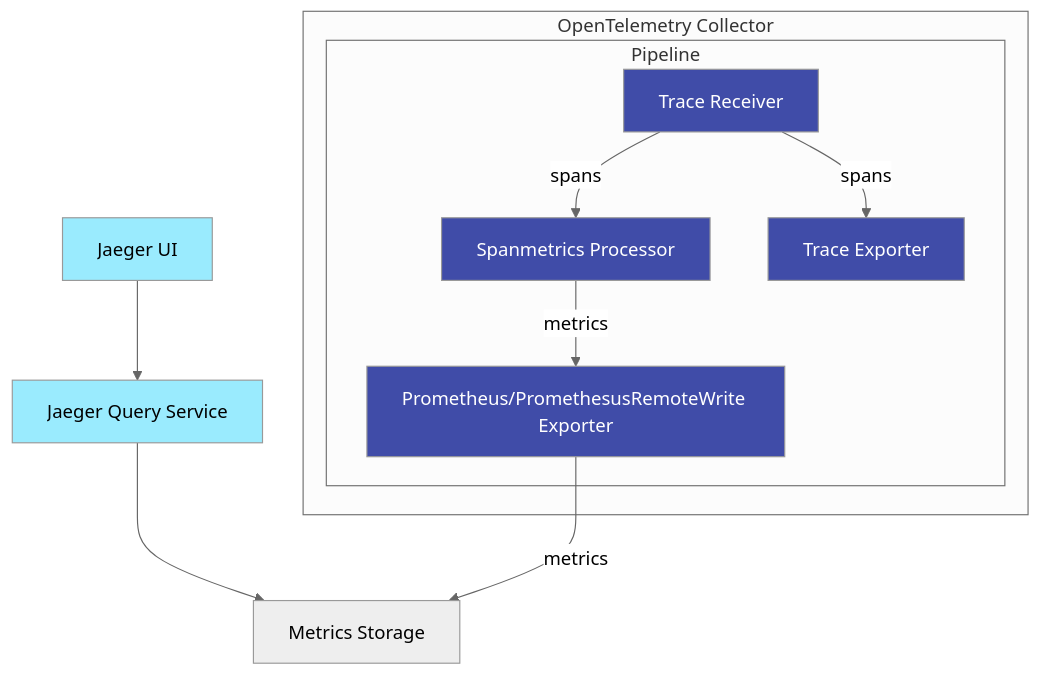
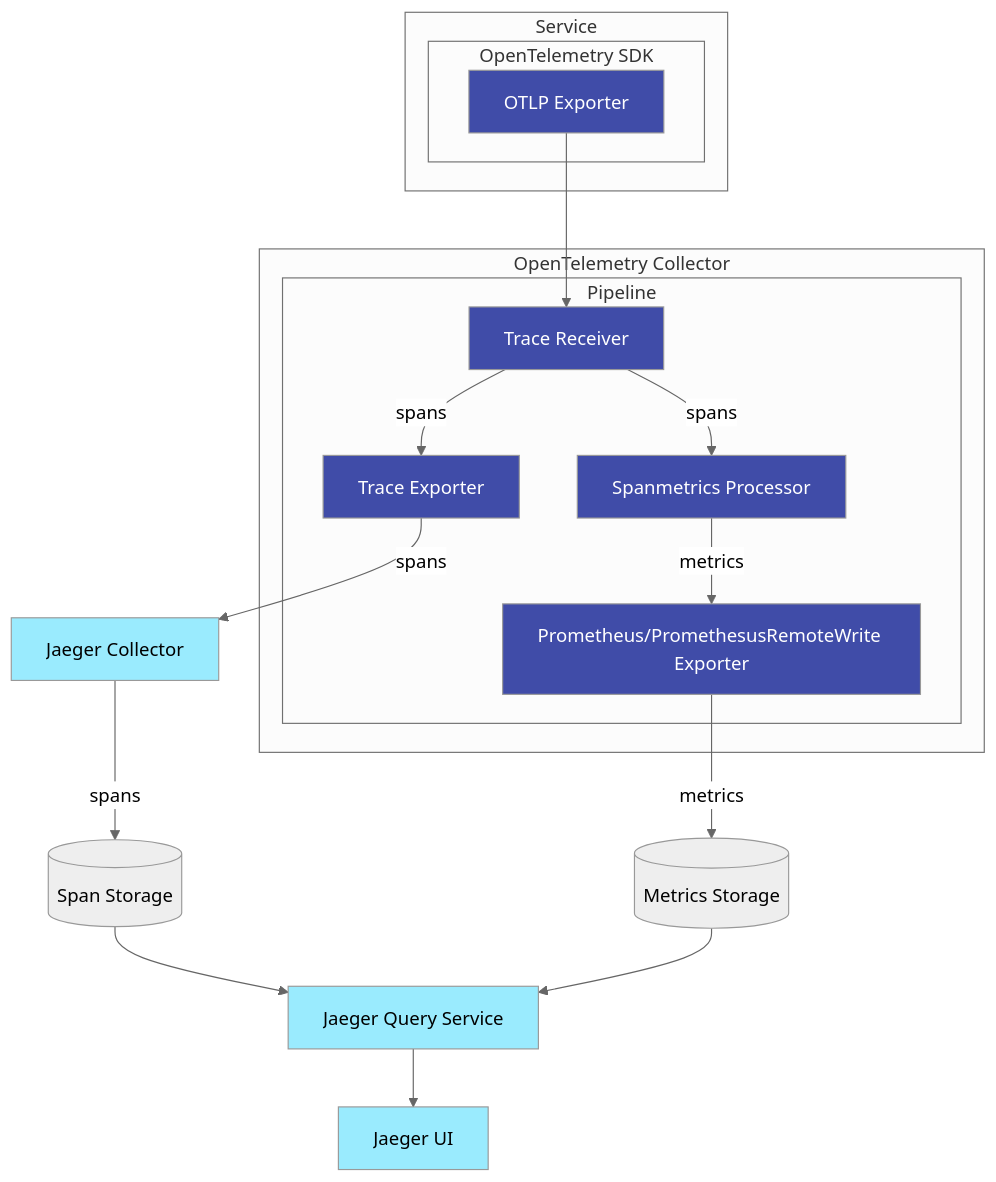
One commit to jaegertracing/documentation changed the diagram in content/docs/next-release/spm.md. Above: the diagram before and after it, drawn with Mermaid (neutral theme).

Commit message:
Add SDK, collector and trace storage in arch diagram

```diff
--- a/content/docs/next-release/spm.md
+++ b/content/docs/next-release/spm.md
@@ -70,24 +70,41 @@
 {{<mermaid align="center">}}
 graph
-    TRACE_RECEIVER[Trace Receiver] --> |spans| SPANMETRICS_PROC[Spanmetrics Processor]
-    TRACE_RECEIVER --> |spans| TRACE_EXPORTER[Trace Exporter]
-    SPANMETRICS_PROC --> |metrics| PROMETHEUS_EXPORTER[Prometheus/PromethesusRemoteWrite Exporter]
-    UI[Jaeger UI] --> QUERY
-    QUERY[Jaeger Query Service] --> METRICS_STORE[Metrics Storage]
-    PROMETHEUS_EXPORTER --> |metrics| METRICS_STORE
-    subgraph OpenTelemetry Collector
-        subgraph Pipeline
-            TRACE_RECEIVER
-            SPANMETRICS_PROC
-            TRACE_EXPORTER
-            PROMETHEUS_EXPORTER
-        end
+
+  OTLP_EXPORTER[OTLP Exporter] --> TRACE_RECEIVER
+
+  subgraph Service
+    subgraph OpenTelemetry SDK
+      OTLP_EXPORTER
     end
-    style UI fill:#9AEBFE,color:black
-    style QUERY fill:#9AEBFE,color:black
+  end
 
-    style TRACE_RECEIVER fill:#404ca8,color:white
-    style TRACE_EXPORTER fill:#404ca8,color:white
-    style SPANMETRICS_PROC fill:#404ca8,color:white
-    style PROMETHEUS_EXPORTER fill:#404ca8,color:white
+  TRACE_RECEIVER[Trace Receiver] --> |spans| SPANMETRICS_PROC[Spanmetrics Processor]
+  TRACE_RECEIVER --> |spans| TRACE_EXPORTER[Trace Exporter]
+  TRACE_EXPORTER --> |spans| COLLECTOR[Jaeger Collector]
+  SPANMETRICS_PROC --> |metrics| PROMETHEUS_EXPORTER[Prometheus/PromethesusRemoteWrite Exporter]
+  PROMETHEUS_EXPORTER --> |metrics| METRICS_STORE[(Metrics Storage)]
+
+  COLLECTOR --> |spans| SPAN_STORE[(Span Storage)]
+  SPAN_STORE --> QUERY[Jaeger Query Service]
+  METRICS_STORE --> QUERY
+  QUERY --> UI[Jaeger UI]
+
+  subgraph OpenTelemetry Collector
+      subgraph Pipeline
+          TRACE_RECEIVER
+          SPANMETRICS_PROC
+          TRACE_EXPORTER
+          PROMETHEUS_EXPORTER
+      end
+  end
+
+  style UI fill:#9AEBFE,color:black
+  style QUERY fill:#9AEBFE,color:black
+  style COLLECTOR fill:#9AEBFE,color:black
+
+  style OTLP_EXPORTER fill:#404ca8,color:white
+  style TRACE_RECEIVER fill:#404ca8,color:white
+  style TRACE_EXPORTER fill:#404ca8,color:white
+  style SPANMETRICS_PROC fill:#404ca8,color:white
+  style PROMETHEUS_EXPORTER fill:#404ca8,color:white
 {{< /mermaid >}}
```
